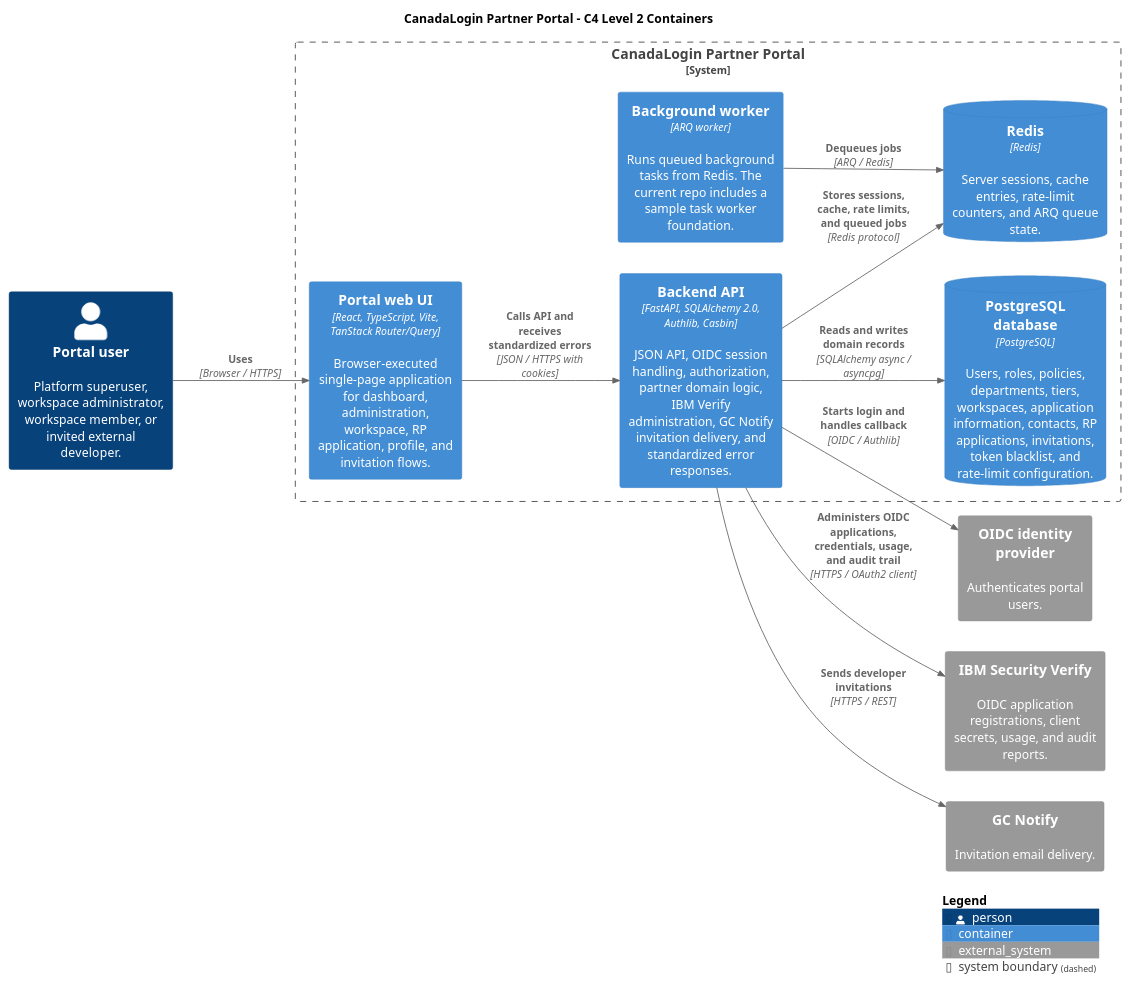
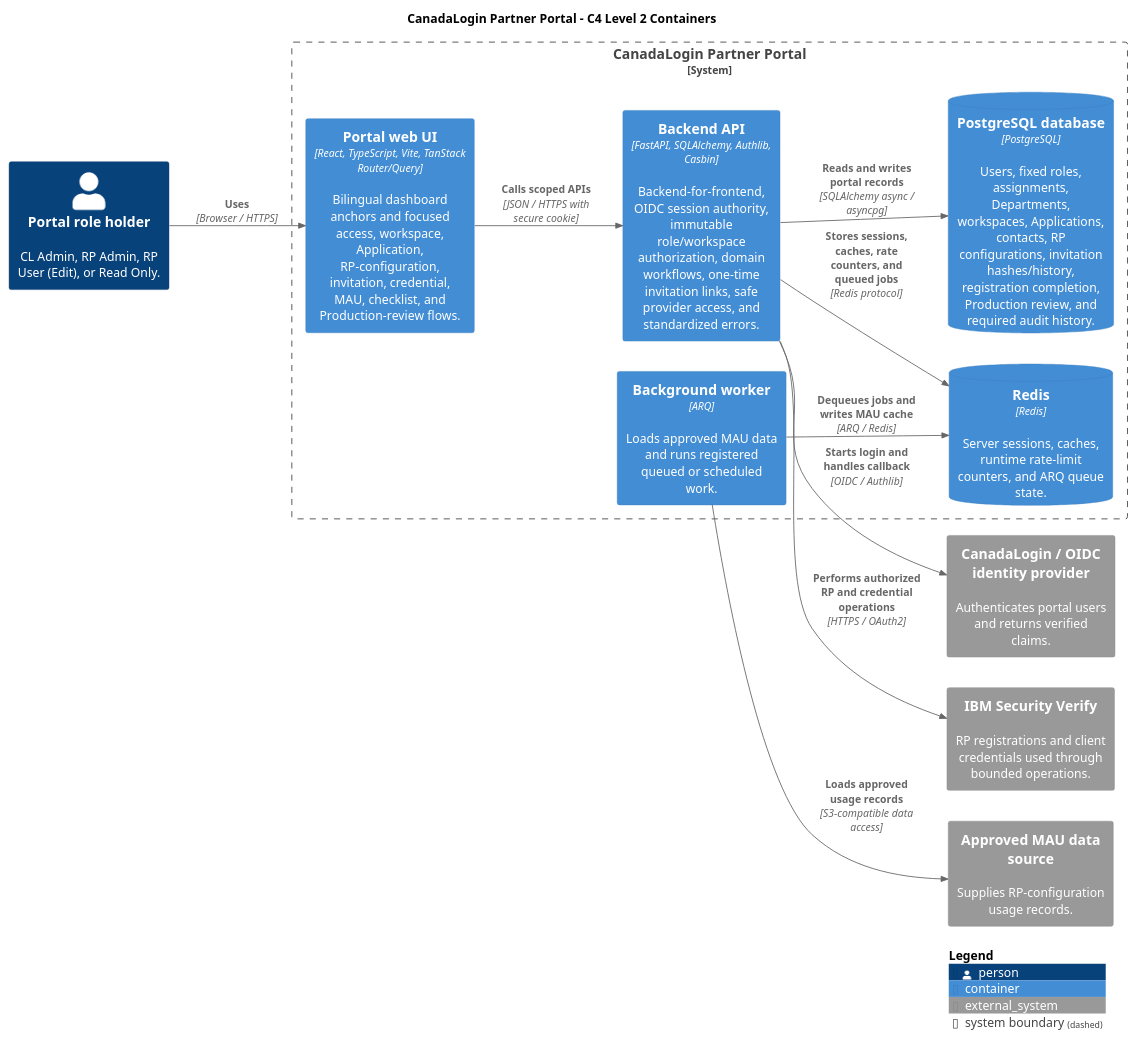
The diagram in docs/reference/architecture-diagram-samples/plantuml/02-partner-portal-containers.c4.puml (cds-snc/canadalogin-partner-portal), drawn with PlantUML before and after one commit. The commit also changed 369 other files, not shown here.

```diff
--- a/docs/reference/architecture-diagram-samples/plantuml/02-partner-portal-containers.c4.puml
+++ b/docs/reference/architecture-diagram-samples/plantuml/02-partner-portal-containers.c4.puml
@@ -1,43 +1,42 @@
 @startuml
 ' CanadaLogin Partner Portal - C4 level 2 container view.
 '
 ' Work context: local illustrative sample only.
-' Source codebase: ../gc-signin-partner-portal, read as source material only.
-' View question: what runtime containers make up the partner portal software
-' system?
-' Excluded: cloud account/VPC/subnet placement, route-by-route API detail,
-' concrete environment variables, and production identifiers.
+' Source codebase: gc-signin-partner-portal, read as source material only.
+' View question: what runtime containers make up the Partner Portal?
+' Excluded: cloud topology, component internals, route-by-route behavior,
+' invitation communication channels, and production configuration.
 
 !include <C4/C4_Container>
 
 LAYOUT_LEFT_RIGHT()
-skinparam wrapWidth 170
+skinparam wrapWidth 175
 skinparam maxMessageSize 130
 
 title CanadaLogin Partner Portal - C4 Level 2 Containers
 
-Person(portalUser, "Portal user", "Platform superuser, workspace administrator, workspace member, or invited external developer.")
+Person(portalUser, "Portal role holder", "CL Admin, RP Admin, RP User (Edit), or Read Only.")
 
-System_Ext(oidcProvider, "OIDC identity provider", "Authenticates portal users.")
-System_Ext(ibmVerify, "IBM Security Verify", "OIDC application registrations, client secrets, usage, and audit reports.")
-System_Ext(gcNotify, "GC Notify", "Invitation email delivery.")
+System_Ext(oidcProvider, "CanadaLogin / OIDC identity provider", "Authenticates portal users and returns verified claims.")
+System_Ext(ibmVerify, "IBM Security Verify", "RP registrations and client credentials used through bounded operations.")
+System_Ext(mauSource, "Approved MAU data source", "Supplies RP-configuration usage records.")
 
 System_Boundary(portal, "CanadaLogin Partner Portal") {
-  Container(webUi, "Portal web UI", "React, TypeScript, Vite, TanStack Router/Query", "Browser-executed single-page application for dashboard, administration, workspace, RP application, profile, and invitation flows.")
-  Container(api, "Backend API", "FastAPI, SQLAlchemy 2.0, Authlib, Casbin", "JSON API, OIDC session handling, authorization, partner domain logic, IBM Verify administration, GC Notify invitation delivery, and standardized error responses.")
-  Container(worker, "Background worker", "ARQ worker", "Runs queued background tasks from Redis. The current repo includes a sample task worker foundation.")
-  ContainerDb(postgres, "PostgreSQL database", "PostgreSQL", "Users, roles, policies, departments, tiers, workspaces, application information, contacts, RP applications, invitations, token blacklist, and rate-limit configuration.")
-  ContainerDb(redis, "Redis", "Redis", "Server sessions, cache entries, rate-limit counters, and ARQ queue state.")
+  Container(webUi, "Portal web UI", "React, TypeScript, Vite, TanStack Router/Query", "Bilingual dashboard anchors and focused access, workspace, Application, RP-configuration, invitation, credential, MAU, checklist, and Production-review flows.")
+  Container(api, "Backend API", "FastAPI, SQLAlchemy, Authlib, Casbin", "Backend-for-frontend, OIDC session authority, immutable role/workspace authorization, domain workflows, one-time invitation links, safe provider access, and standardized errors.")
+  Container(worker, "Background worker", "ARQ", "Loads approved MAU data and runs registered queued or scheduled work.")
+  ContainerDb(postgres, "PostgreSQL database", "PostgreSQL", "Users, fixed roles, assignments, Departments, workspaces, Applications, contacts, RP configurations, invitation hashes/history, registration completion, Production review, and required audit history.")
+  ContainerDb(redis, "Redis", "Redis", "Server sessions, caches, runtime rate-limit counters, and ARQ queue state.")
 }
 
 Rel(portalUser, webUi, "Uses", "Browser / HTTPS")
-Rel(webUi, api, "Calls API and receives standardized errors", "JSON / HTTPS with cookies")
+Rel(webUi, api, "Calls scoped APIs", "JSON / HTTPS with secure cookie")
 Rel(api, oidcProvider, "Starts login and handles callback", "OIDC / Authlib")
-Rel(api, ibmVerify, "Administers OIDC applications, credentials, usage, and audit trail", "HTTPS / OAuth2 client")
-Rel(api, gcNotify, "Sends developer invitations", "HTTPS / REST")
-Rel(api, postgres, "Reads and writes domain records", "SQLAlchemy async / asyncpg")
-Rel(api, redis, "Stores sessions, cache, rate limits, and queued jobs", "Redis protocol")
-Rel(worker, redis, "Dequeues jobs", "ARQ / Redis")
+Rel(api, ibmVerify, "Performs authorized RP and credential operations", "HTTPS / OAuth2")
+Rel(api, postgres, "Reads and writes portal records", "SQLAlchemy async / asyncpg")
+Rel(api, redis, "Stores sessions, caches, rate counters, and queued jobs", "Redis protocol")
+Rel(worker, redis, "Dequeues jobs and writes MAU cache", "ARQ / Redis")
+Rel(worker, mauSource, "Loads approved usage records", "S3-compatible data access")
 
 SHOW_LEGEND()
 @enduml
```
